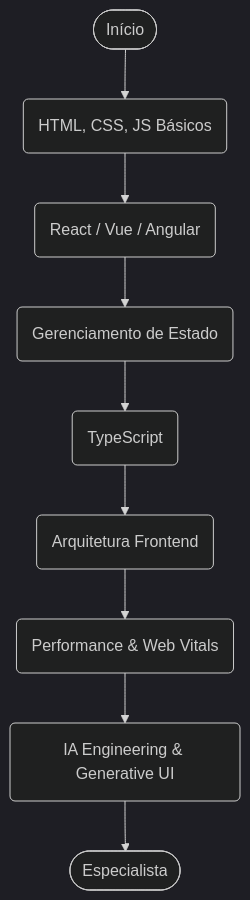
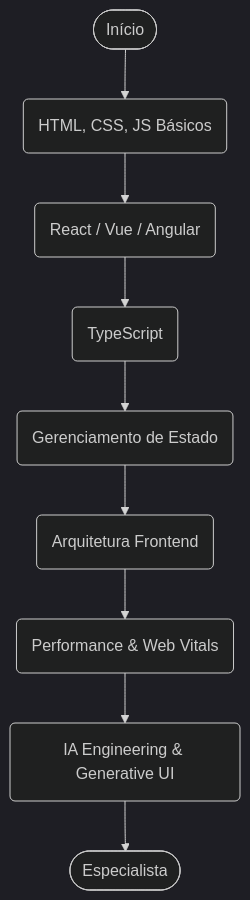
One commit to juninmd/roadmap-developer changed the diagram in roadmaps/frontend/frontend.md. Above: the diagram before and after it, drawn with Mermaid (dark theme). The commit also changed other lines of this file, not shown here.

Commit message:
Apply suggestion from gemini-code-assist[bot]

````diff
--- a/roadmaps/frontend/frontend.md
+++ b/roadmaps/frontend/frontend.md
@@ -5,11 +5,11 @@
 ```mermaid
 flowchart TD
     Start([Início]) --> HTML(HTML, CSS, JS Básicos)
     HTML --> Framework(React / Vue / Angular)
-    Framework --> State(Gerenciamento de Estado)
-    State --> TypeScript(TypeScript)
-    TypeScript --> Arch(Arquitetura Frontend)
+    Framework --> TypeScript(TypeScript)
+    TypeScript --> State(Gerenciamento de Estado)
+    State --> Arch(Arquitetura Frontend)
     Arch --> Perf(Performance & Web Vitals)
     Perf --> AI(IA Engineering & Generative UI)
     AI --> Spec([Especialista])
 ```
````
